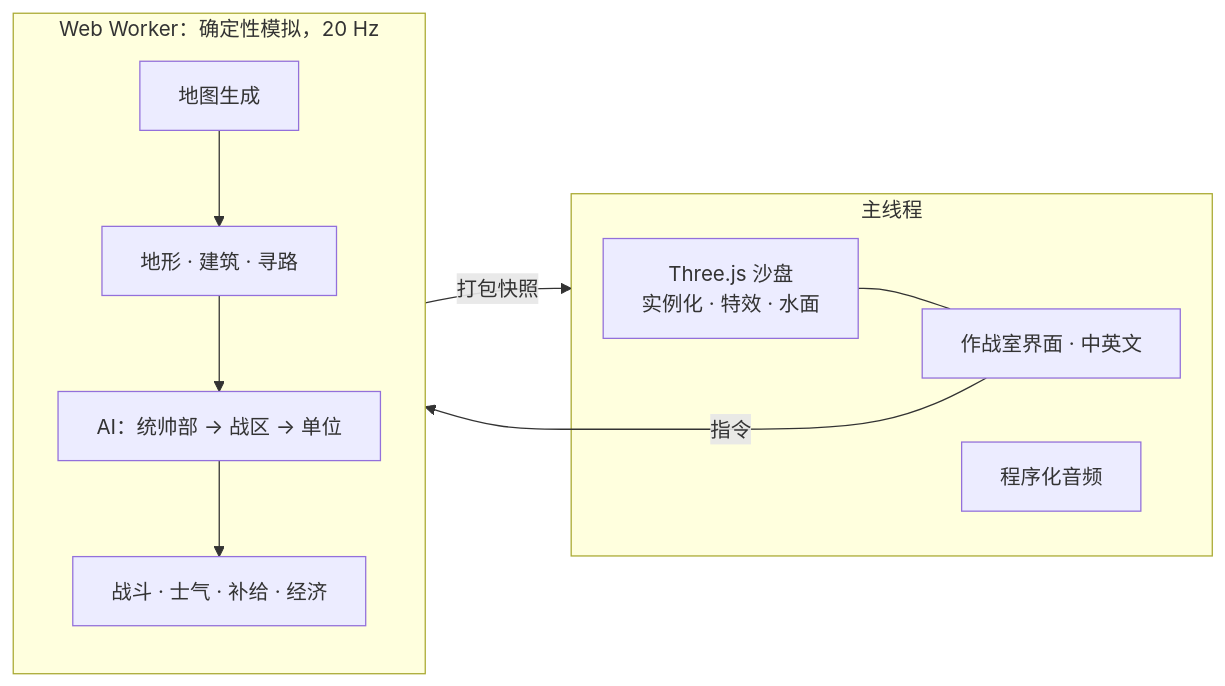
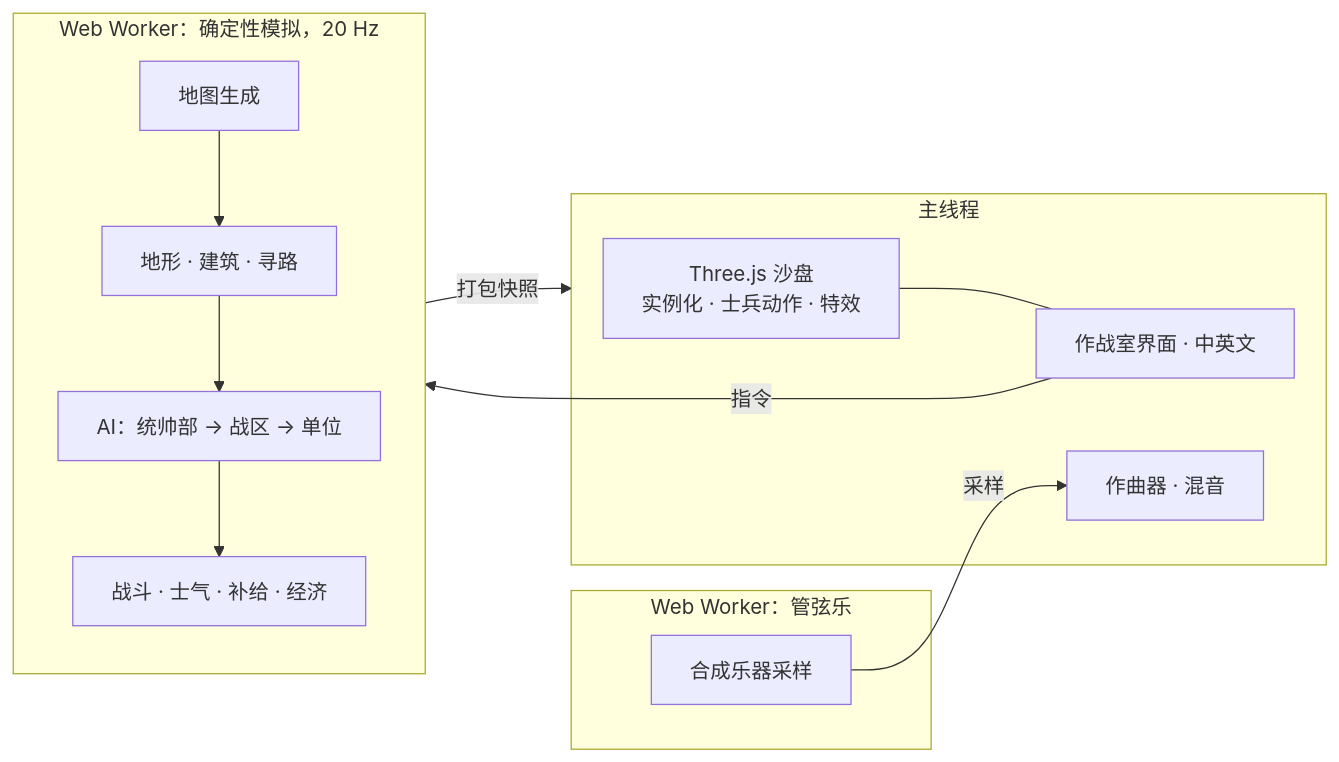
One commit to Zwl20085/LittleWarGame changed the second of 2 diagrams in README.zh-CN.md. Above: the diagram before and after it, drawn with Mermaid. The commit also changed other lines of this file and 111 other files, not shown here.

````diff
--- a/README.zh-CN.md
+++ b/README.zh-CN.md
@@ -140,14 +158,18 @@
 ```mermaid
 flowchart LR
   subgraph Worker[Web Worker：确定性模拟，20 Hz]
     MG[地图生成] --> T[地形 · 建筑 · 寻路]
     T --> AI[AI：统帅部 → 战区 → 单位]
     AI --> CB[战斗 · 士气 · 补给 · 经济]
   end
   Worker -- 打包快照 --> Main
   subgraph Main[主线程]
-    R[Three.js 沙盘<br/>实例化 · 特效 · 水面] --- UI[作战室界面 · 中英文]
-    AU[程序化音频]
+    R[Three.js 沙盘<br/>实例化 · 士兵动作 · 特效] --- UI[作战室界面 · 中英文]
+    AU[作曲器 · 混音]
   end
+  subgraph Orch[Web Worker：管弦乐]
+    OR[合成乐器采样]
+  end
+  OR -- 采样 --> AU
   UI -- 指令 --> Worker
 ```
````
